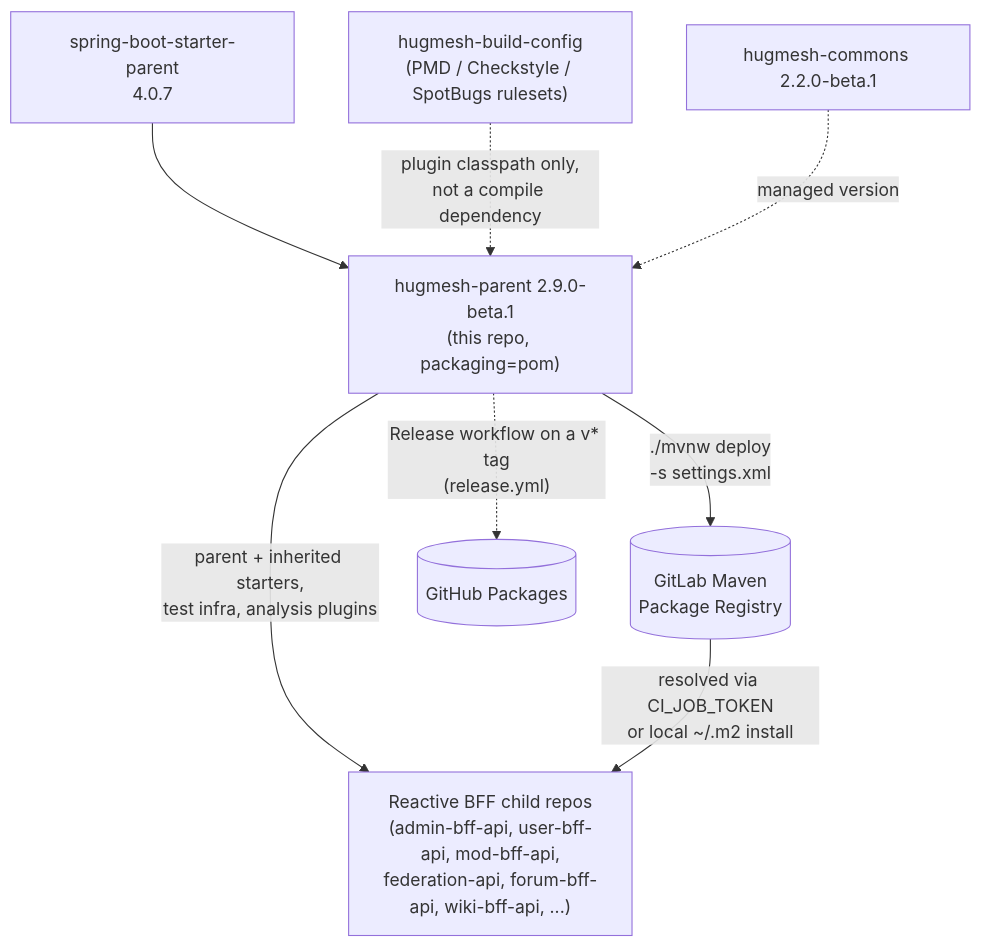
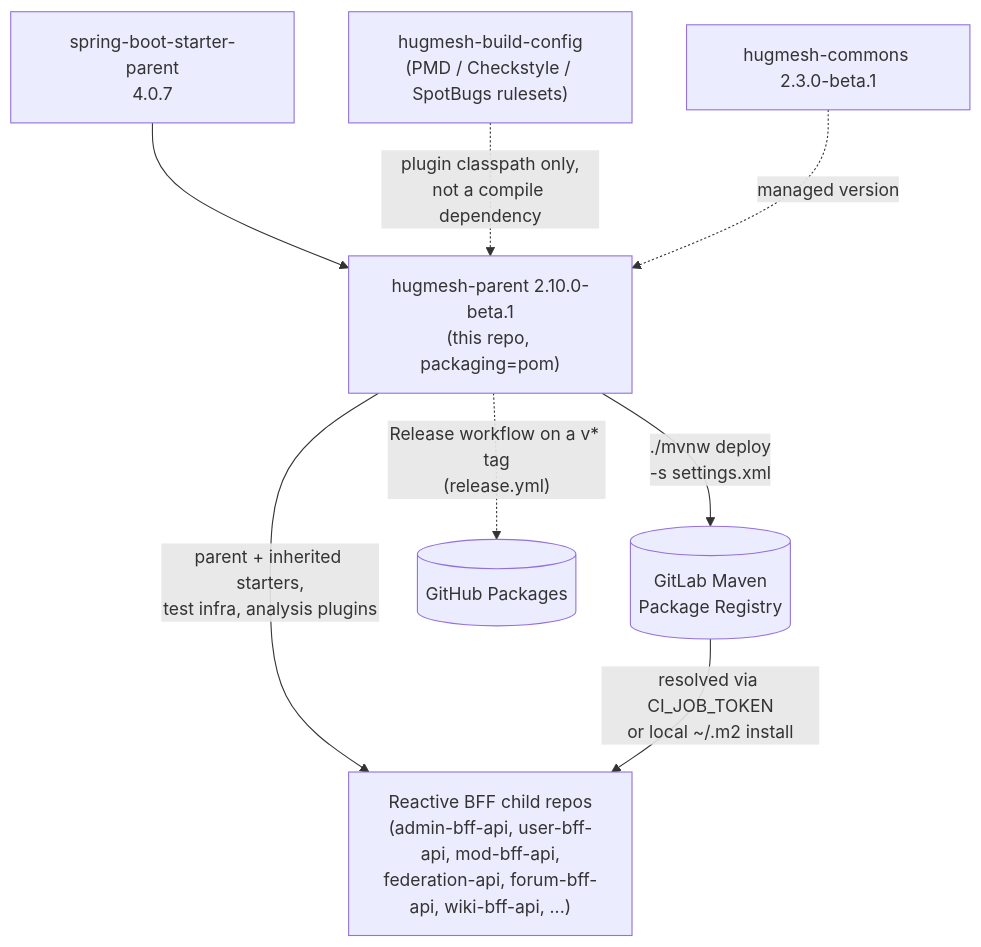
Before and after one commit to hugmesh/hugmesh-parent: the diagram in README.md, drawn with Mermaid. The commit also changed other lines of this file and 1 other file, not shown here.

First line of the commit message:
docs: README and RELEASING name the published 2.10.0-beta.1 chain (#10)

````diff
--- a/README.md
+++ b/README.md
@@ -134,13 +134,13 @@
 ```mermaid
 flowchart TD
-    SBSP["spring-boot-starter-parent<br/>4.0.7"] --> SP["hugmesh-parent 2.9.0-beta.1<br/>(this repo, packaging=pom)"]
+    SBSP["spring-boot-starter-parent<br/>4.0.7"] --> SP["hugmesh-parent 2.10.0-beta.1<br/>(this repo, packaging=pom)"]
 
     SBC["hugmesh-build-config<br/>(PMD / Checkstyle / SpotBugs rulesets)"] -.->|"plugin classpath only,<br/>not a compile dependency"| SP
-    SC["hugmesh-commons 2.2.0-beta.1"] -.->|"managed version"| SP
+    SC["hugmesh-commons 2.3.0-beta.1"] -.->|"managed version"| SP
 
     SP -->|"parent + inherited starters,<br/>test infra, analysis plugins"| BFF["Reactive BFF child repos<br/>(admin-bff-api, user-bff-api, mod-bff-api,<br/>federation-api, forum-bff-api, wiki-bff-api, ...)"]
 
     SP -->|"./mvnw deploy<br/>-s settings.xml"| REG[("GitLab Maven<br/>Package Registry")]
     SP -.->|"Release workflow on a v* tag<br/>(release.yml)"| GHP[("GitHub Packages")]
     REG -->|"resolved via CI_JOB_TOKEN<br/>or local ~/.m2 install"| BFF
 ```
````
